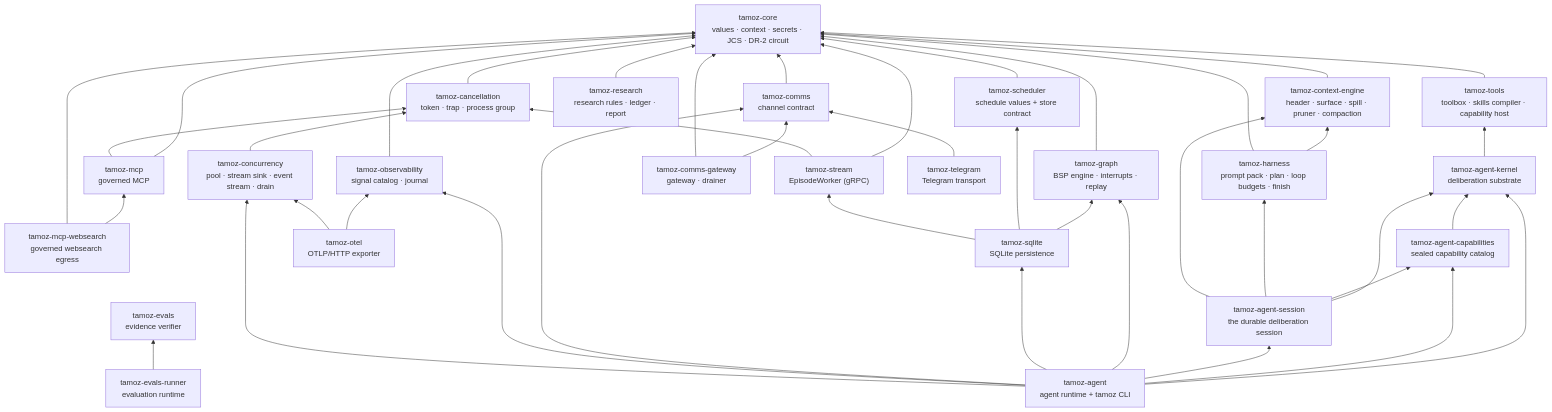
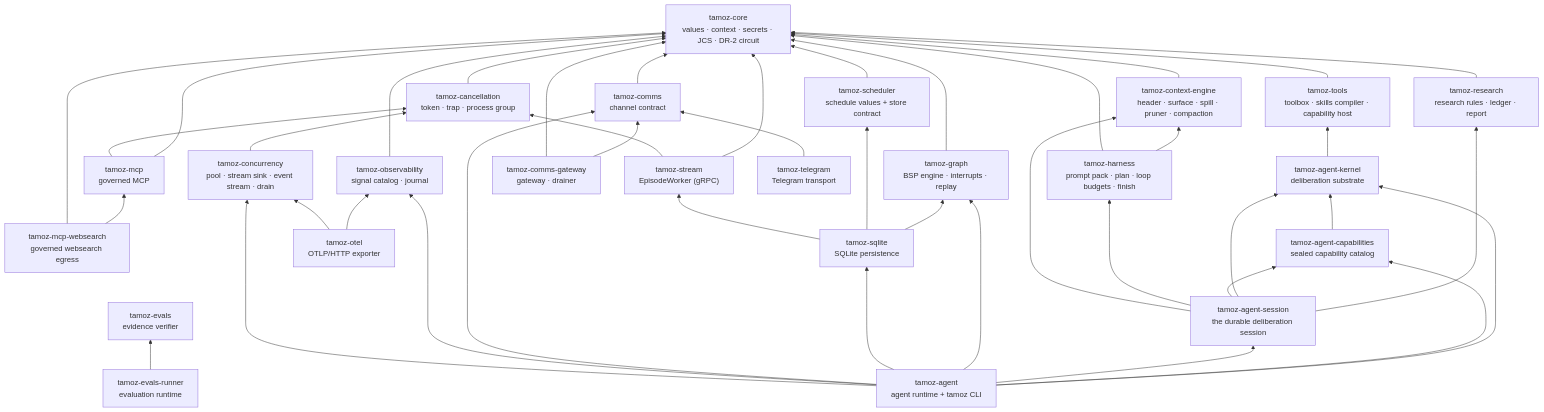
Before and after one commit to ghassan-ai-projects/tamoz: the diagram in documentation/architecture/gems.md, drawn with Mermaid. The commit also changed other lines of this file and 45 other files, not shown here.

````diff
--- a/documentation/architecture/gems.md
+++ b/documentation/architecture/gems.md
@@ -10,76 +10,77 @@
 ```mermaid
 flowchart BT
     CORE["tamoz-core<br/>values · context · secrets · JCS · DR-2 circuit"]
 
     CAN["tamoz-cancellation<br/>token · trap · process group"]
     CON["tamoz-concurrency<br/>pool · stream sink · event stream · drain"]
     G["tamoz-graph<br/>BSP engine · interrupts · replay"]
     SCH["tamoz-scheduler<br/>schedule values + store contract"]
     STR["tamoz-stream<br/>EpisodeWorker (gRPC)"]
     T["tamoz-tools<br/>toolbox · skills compiler · capability host"]
     CE["tamoz-context-engine<br/>header · surface · spill · pruner · compaction"]
     H["tamoz-harness<br/>prompt pack · plan · loop budgets · finish"]
     RS["tamoz-research<br/>research rules · ledger · report"]
     M["tamoz-mcp<br/>governed MCP"]
     MW["tamoz-mcp-websearch<br/>governed websearch egress"]
     C["tamoz-comms<br/>channel contract"]
     CG["tamoz-comms-gateway<br/>gateway · drainer"]
     O["tamoz-observability<br/>signal catalog · journal"]
 
     SQL["tamoz-sqlite<br/>SQLite persistence"]
     OTEL["tamoz-otel<br/>OTLP/HTTP exporter"]
     TG["tamoz-telegram<br/>Telegram transport"]
 
     AK["tamoz-agent-kernel<br/>deliberation substrate"]
     ACAP["tamoz-agent-capabilities<br/>sealed capability catalog"]
     ASESS["tamoz-agent-session<br/>the durable deliberation session"]
     AGENT["tamoz-agent<br/>agent runtime + tamoz CLI"]
 
     EVALS["tamoz-evals<br/>evidence verifier"]
     RUNNER["tamoz-evals-runner<br/>evaluation runtime"]
 
     G --> CORE
     SCH --> CORE
     STR --> CORE
     STR --> CAN
     T --> CORE
     CE --> CORE
     H --> CE
     H --> CORE
     RS --> CORE
+    ASESS --> RS
     M --> CORE
     M --> CAN
     MW --> M
     MW --> CORE
     C --> CORE
     CG --> C
     CG --> CORE
     O --> CORE
 
     CAN --> CORE
     CON --> CAN
 
     SQL --> G
     SQL --> SCH
     SQL --> STR
     OTEL --> O
     OTEL --> CON
     TG --> C
 
     AK --> T
     ACAP --> AK
     ASESS --> AK
     ASESS --> ACAP
     ASESS --> H
     ASESS --> CE
     AGENT --> AK
     AGENT --> ACAP
     AGENT --> ASESS
     AGENT --> G
     AGENT --> SQL
     AGENT --> C
     AGENT --> O
     AGENT --> CON
 
     RUNNER --> EVALS
 ```
````
